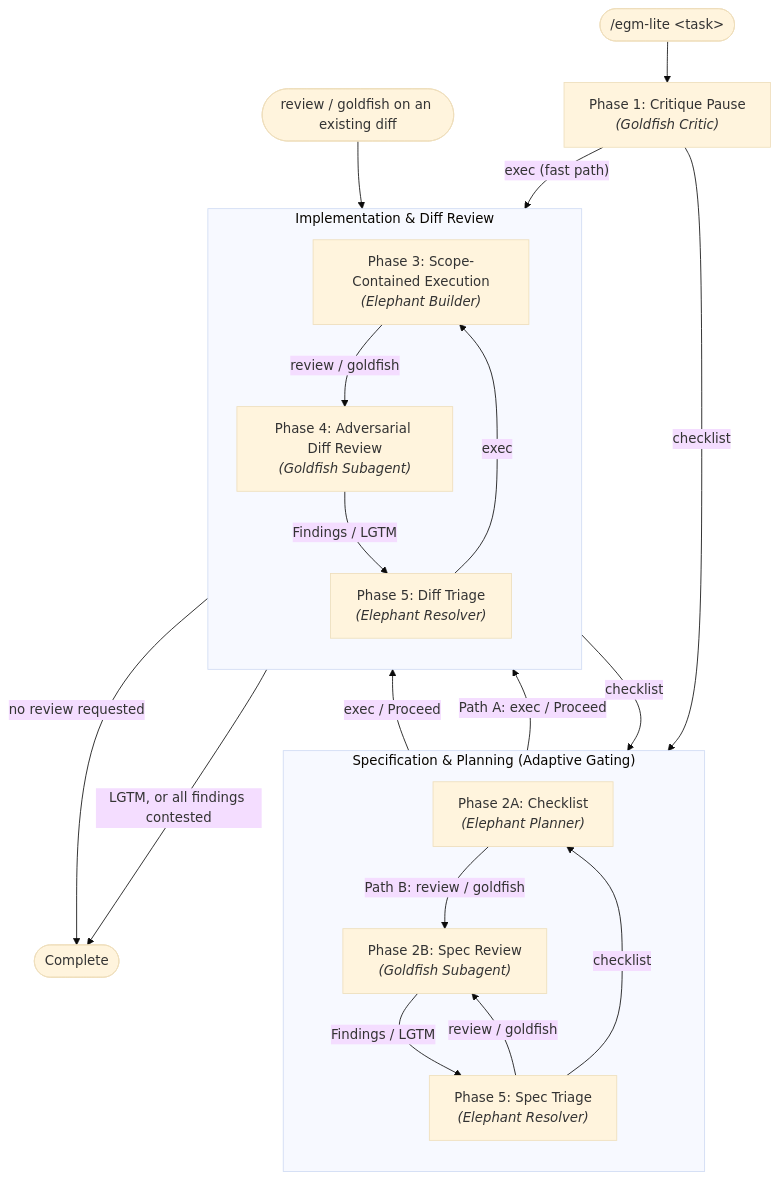
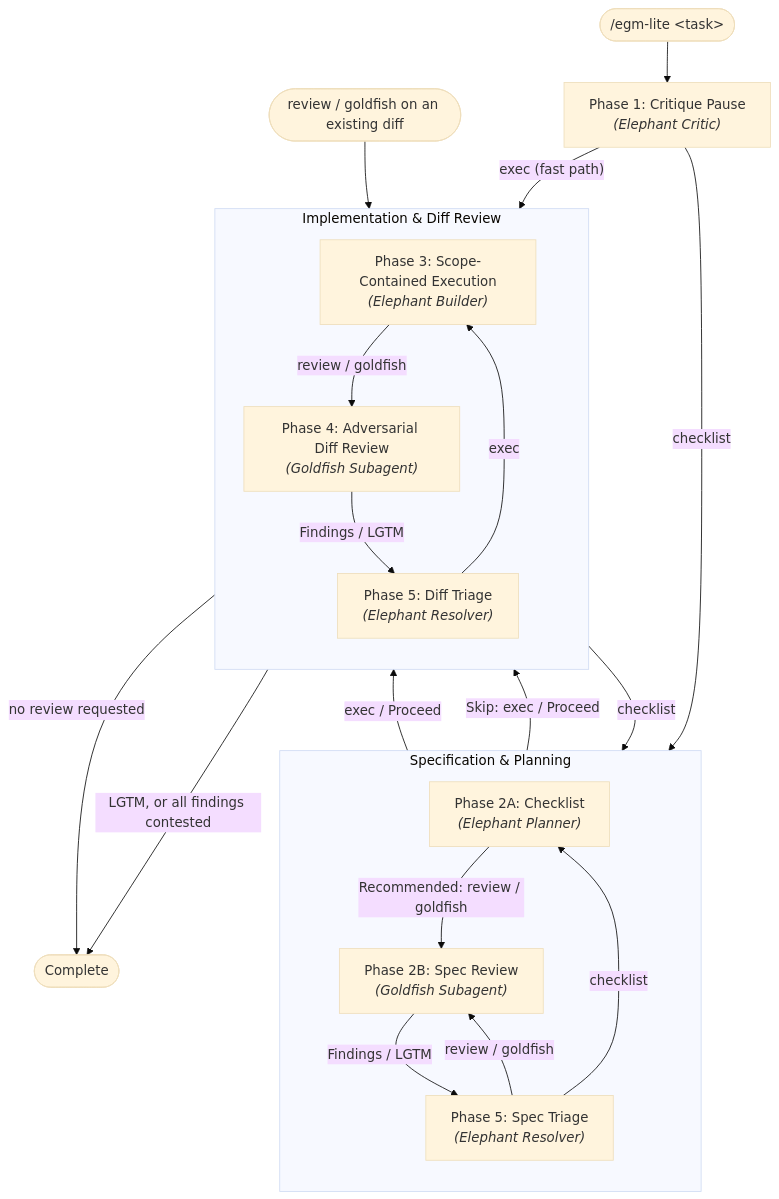
Before and after one commit to google/elephant-goldfish-model: the diagram in docs/designs/lite.md, drawn with Mermaid (base theme). The commit also changed other lines of this file and 4 other files, not shown here.

Commit message:
Recommend pre-implementation checklist spec review by default in egm-lite

````diff
--- a/docs/designs/lite.md
+++ b/docs/designs/lite.md
@@ -68,38 +66,38 @@
 ```mermaid
 flowchart TD
     Start(["/egm-lite &lt;task&gt;"]) --> CritiquePause
-    CritiquePause["Phase 1: Critique Pause<br/><i>(Goldfish Critic)</i>"]
+    CritiquePause["Phase 1: Critique Pause<br/><i>(Elephant Critic)</i>"]
 
     CritiquePause -->|"checklist"| ChecklistPhase
     CritiquePause -->|"exec (fast path)"| ExecPhase
 
-    subgraph SpecStage ["Specification & Planning (Adaptive Gating)"]
+    subgraph SpecStage ["Specification & Planning"]
         direction TB
         ChecklistPhase["Phase 2A: Checklist<br/><i>(Elephant Planner)</i>"]
         SpecReview["Phase 2B: Spec Review<br/><i>(Goldfish Subagent)</i>"]
         SpecResolution["Phase 5: Spec Triage<br/><i>(Elephant Resolver)</i>"]
 
-        ChecklistPhase -->|"Path B: review / goldfish"| SpecReview
+        ChecklistPhase -->|"Recommended: review / goldfish"| SpecReview
         SpecReview -->|"Findings / LGTM"| SpecResolution
         SpecResolution -->|"checklist"| ChecklistPhase
         SpecResolution -->|"review / goldfish"| SpecReview
     end
 
     subgraph DiffStage ["Implementation & Diff Review"]
         direction TB
         ExecPhase["Phase 3: Scope-Contained Execution<br/><i>(Elephant Builder)</i>"]
         DiffReview["Phase 4: Adversarial Diff Review<br/><i>(Goldfish Subagent)</i>"]
         DiffResolution["Phase 5: Diff Triage<br/><i>(Elephant Resolver)</i>"]
 
         ExecPhase -->|"review / goldfish"| DiffReview
         DiffReview -->|"Findings / LGTM"| DiffResolution
         DiffResolution -->|"exec"| ExecPhase
     end
 
-    ChecklistPhase -->|"Path A: exec / Proceed"| ExecPhase
+    ChecklistPhase -->|"Skip: exec / Proceed"| ExecPhase
     SpecResolution -->|"exec / Proceed"| ExecPhase
     DiffResolution -->|"checklist"| ChecklistPhase
     DiffResolution -->|"LGTM, or all findings contested"| Done(["Complete"])
     ExecPhase -->|"no review requested"| Done
     ExistingDiff(["review / goldfish on an existing diff"]) --> DiffReview
 ```
````
